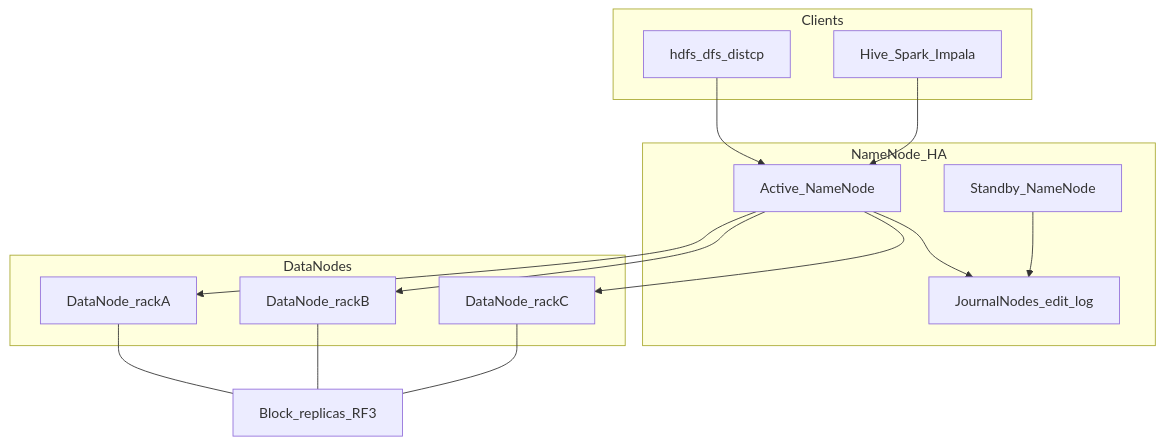
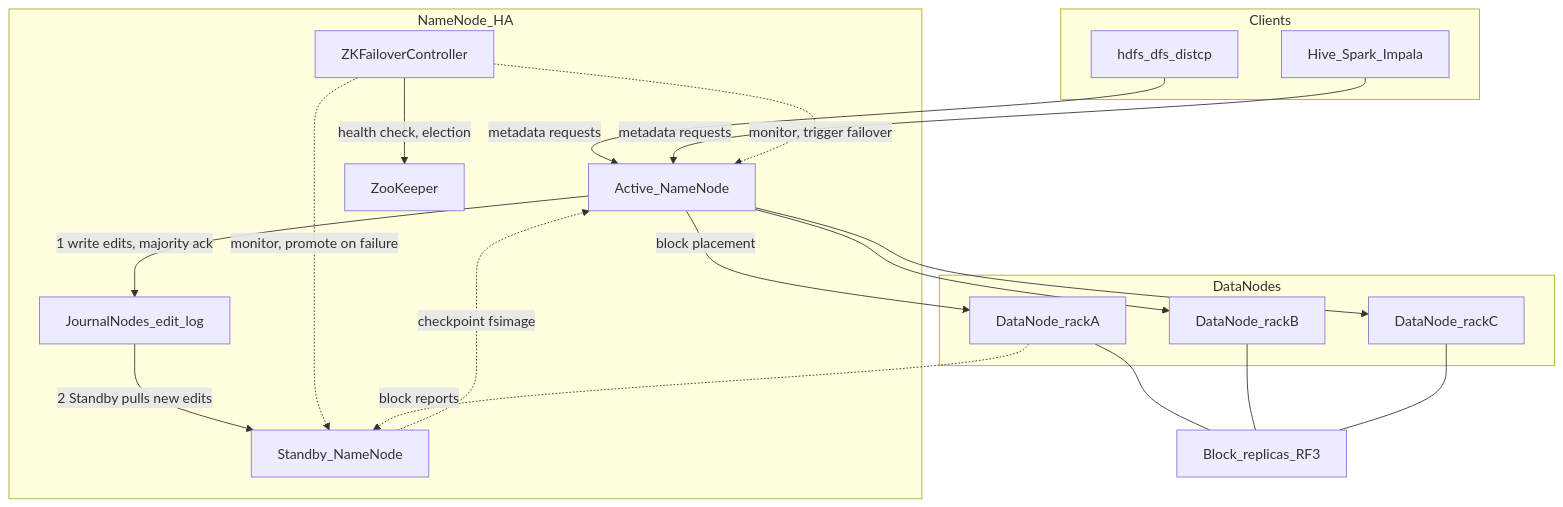
The diagram in 02-basics-hdfs/trainer/deep-dive.md (fthuerk/cdp-workshop), drawn with Mermaid before and after one commit. The commit also changed other lines of this file and 33 other files, not shown here.

Commit message:
hdfs flow

````diff
--- a/02-basics-hdfs/trainer/deep-dive.md
+++ b/02-basics-hdfs/trainer/deep-dive.md
@@ -11,30 +11,37 @@
 ```mermaid
 flowchart TB
   subgraph clients [Clients]
     CLI[hdfs_dfs_distcp]
     HS2[Hive_Spark_Impala]
   end
 
   subgraph nn_ha [NameNode_HA]
     NNactive[Active_NameNode]
     NNstandby[Standby_NameNode]
     JN[JournalNodes_edit_log]
+    ZKFC[ZKFailoverController]
+    ZK[ZooKeeper]
   end
 
   subgraph storage [DataNodes]
     DN1[DataNode_rackA]
     DN2[DataNode_rackB]
     DN3[DataNode_rackC]
   end
 
-  CLI --> NNactive
-  HS2 --> NNactive
-  NNactive --> JN
-  NNstandby --> JN
-  NNactive --> DN1
+  CLI -->|"metadata requests"| NNactive
+  HS2 -->|"metadata requests"| NNactive
+  NNactive -->|"1 write edits, majority ack"| JN
+  JN -->|"2 Standby pulls new edits"| NNstandby
+  NNstandby -.->|"checkpoint fsimage"| NNactive
+  ZKFC -->|"health check, election"| ZK
+  ZKFC -.->|"monitor, trigger failover"| NNactive
+  ZKFC -.->|"monitor, promote on failure"| NNstandby
+  NNactive -->|"block placement"| DN1
   NNactive --> DN2
   NNactive --> DN3
   DN1 --- blockReplicas[Block_replicas_RF3]
   DN2 --- blockReplicas
   DN3 --- blockReplicas
+  DN1 -.->|"block reports"| NNstandby
 ```
````
